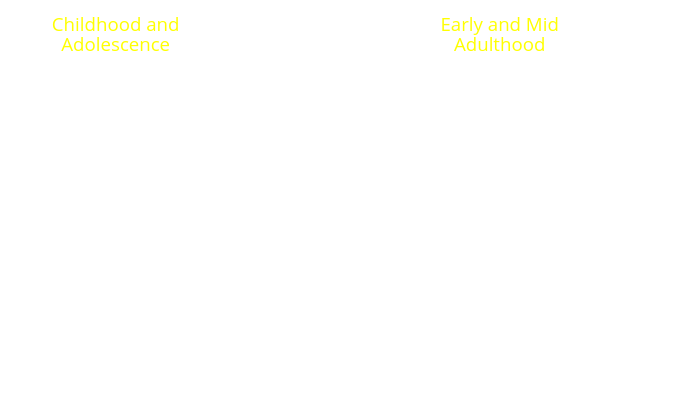
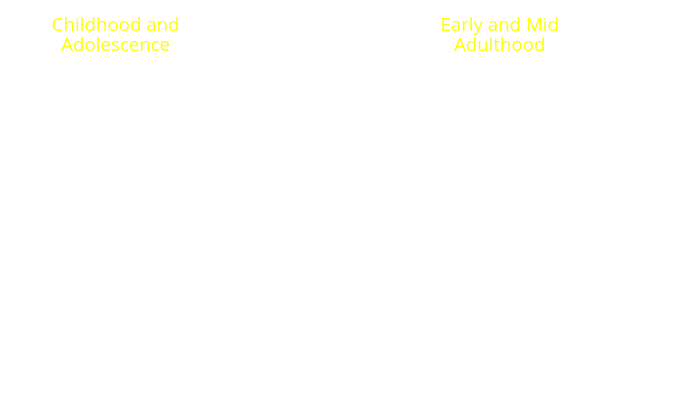
One commit to clanfear/ASC_2024 changed the diagram in slides.qmd. Above: the diagram before and after it, drawn with Graphviz. The commit also changed 1 other file, not shown here.

Commit message:
graph fix

````diff
--- a/slides.qmd
+++ b/slides.qmd
@@ -109,40 +109,42 @@
 ```{dot}
 //| fig-width: 12
 digraph G{
-  graph [layout=neato, bgcolor="transparent"]
+  graph [layout=neato, bgcolor="transparent", splines=true]
   node [shape = plaintext, fontname="Open Sans", fontcolor="white"]
   edge [color="white"]
   
   dc1 [pos = "0,  4.5!", label = "Exposure to\nGun Violence"]
 //  exp1 [pos = "0,  1.5!", label = "Direct\nExposure"]
   out1 [pos = "1,  2!", label = "Health"]
   mob [pos = "3.5,  2!", label = "Residential\nMobility"]
   dc2 [pos = "5,  4.5!", label = "Exposure to\nGun Violence"]
   mort [pos = "3.5,  3.75!", label = "Mortality"]
 //  exp2 [pos = "5,  1.5!", label = "Direct\nExposure"]
   health2 [pos = "6,  2!", label = "Health"]
   
 earlylife [pos = "0.5,  5.5!", label = "Childhood and\nAdolescence", fontcolor = yellow]
 midlife [pos = "4.5,  5.5!", label = "Early and Mid\nAdulthood", fontcolor = yellow]
 //  bsibsa [pos = "2.5,  2.25!", label = "Life course", fontcolor = yellow]
 //  bsc1bsi [pos = "5.25,  3.5!", label = "Cohort\ndynamics", fontcolor = yellow]
   
   dc1 -> dc2
 //  dc1 -> exp1
+  dc1 -> health2
   dc1 -> out1
   dc1 -> mort
   out1 -> mort
 //  exp1 -> out1
 //  exp1 -> health2
 //  exp1 -> mort
   mob -> mort
   out1 -> mob
   dc1 -> mob
 //  exp1 -> mob
   mob -> dc2
 //  dc2 -> exp2
   dc2 -> health2
 //  exp2 -> health2
   mob -> health2
+  out1 -> health2 [style="solid"]
 }
 ```
````
